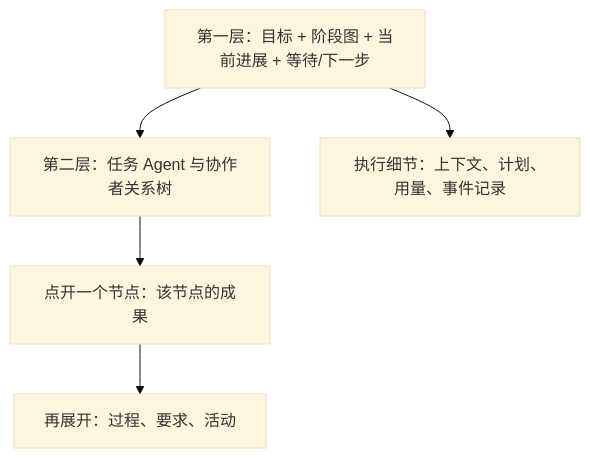
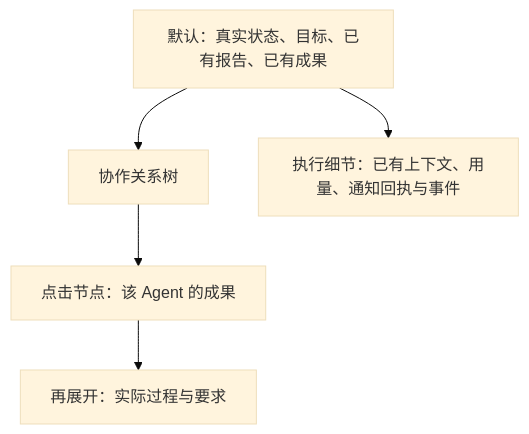
Before and after one commit to HymioSpace/Oath: the third of 3 diagrams in spec/feature-task-system.md, drawn with Mermaid (base theme). The commit also changed other lines of this file and 16 other files, not shown here.

````diff
--- a/spec/feature-task-system.md
+++ b/spec/feature-task-system.md
@@ -72,7 +365,7 @@
 ```mermaid
 flowchart TB
-  V[第一层：目标 + 阶段图 + 当前进展 + 等待/下一步] --> N[第二层：任务 Agent 与协作者关系树]
-  N --> O[点开一个节点：该节点的成果]
-  O --> D[再展开：过程、要求、活动]
-  V --> X[执行细节：上下文、计划、用量、事件记录]
+  O[默认：真实状态、目标、已有报告、已有成果] --> A[协作关系树]
+  A --> B[点击节点：该 Agent 的成果]
+  B --> C[再展开：实际过程与要求]
+  O --> D[执行细节：已有上下文、用量、通知回执与事件]
 ```
````
